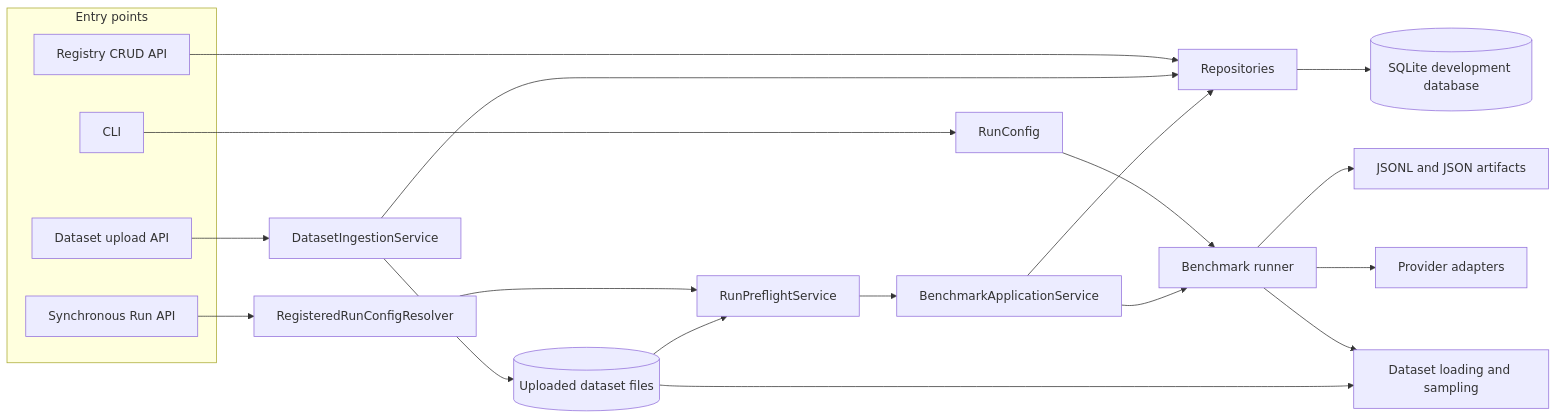
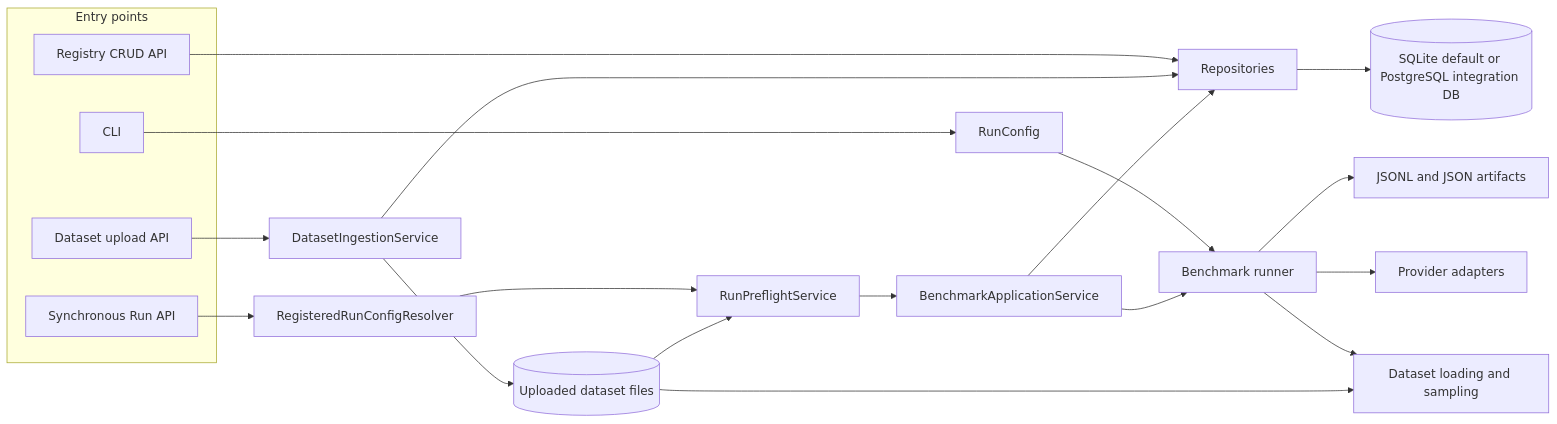
One commit to ataozalpp/llm-benchmark changed the first of 7 diagrams in docs/architecture.md. Above: the diagram before and after it, drawn with Mermaid. The commit also changed other lines of this file and 6 other files, not shown here.

````diff
--- a/docs/architecture.md
+++ b/docs/architecture.md
@@ -44,29 +44,29 @@
 ```mermaid
 flowchart LR
     subgraph EntryPoints[Entry points]
         CLI[CLI]
         RegistryAPI[Registry CRUD API]
         UploadAPI[Dataset upload API]
         RunAPI[Synchronous Run API]
     end
 
     CLI --> Config[RunConfig]
     Config --> Runner[Benchmark runner]
 
     RegistryAPI --> Repositories[Repositories]
     UploadAPI --> Ingestion[DatasetIngestionService]
     Ingestion --> UploadedFiles[(Uploaded dataset files)]
     Ingestion --> Repositories
     RunAPI --> Resolver[RegisteredRunConfigResolver]
     Resolver --> Preflight[RunPreflightService]
     UploadedFiles --> Preflight
     Preflight --> AppService[BenchmarkApplicationService]
     AppService --> Runner
     AppService --> Repositories
 
     Runner --> Dataset[Dataset loading and sampling]
     UploadedFiles --> Dataset
     Runner --> Providers[Provider adapters]
     Runner --> Artifacts[JSONL and JSON artifacts]
-    Repositories --> DB[(SQLite development database)]
+    Repositories --> DB[(SQLite default or PostgreSQL integration DB)]
 ```
````
